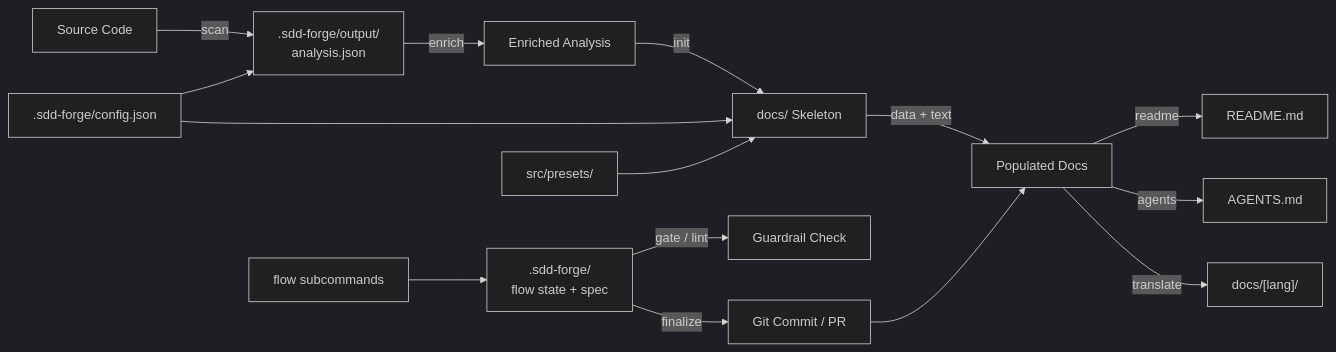
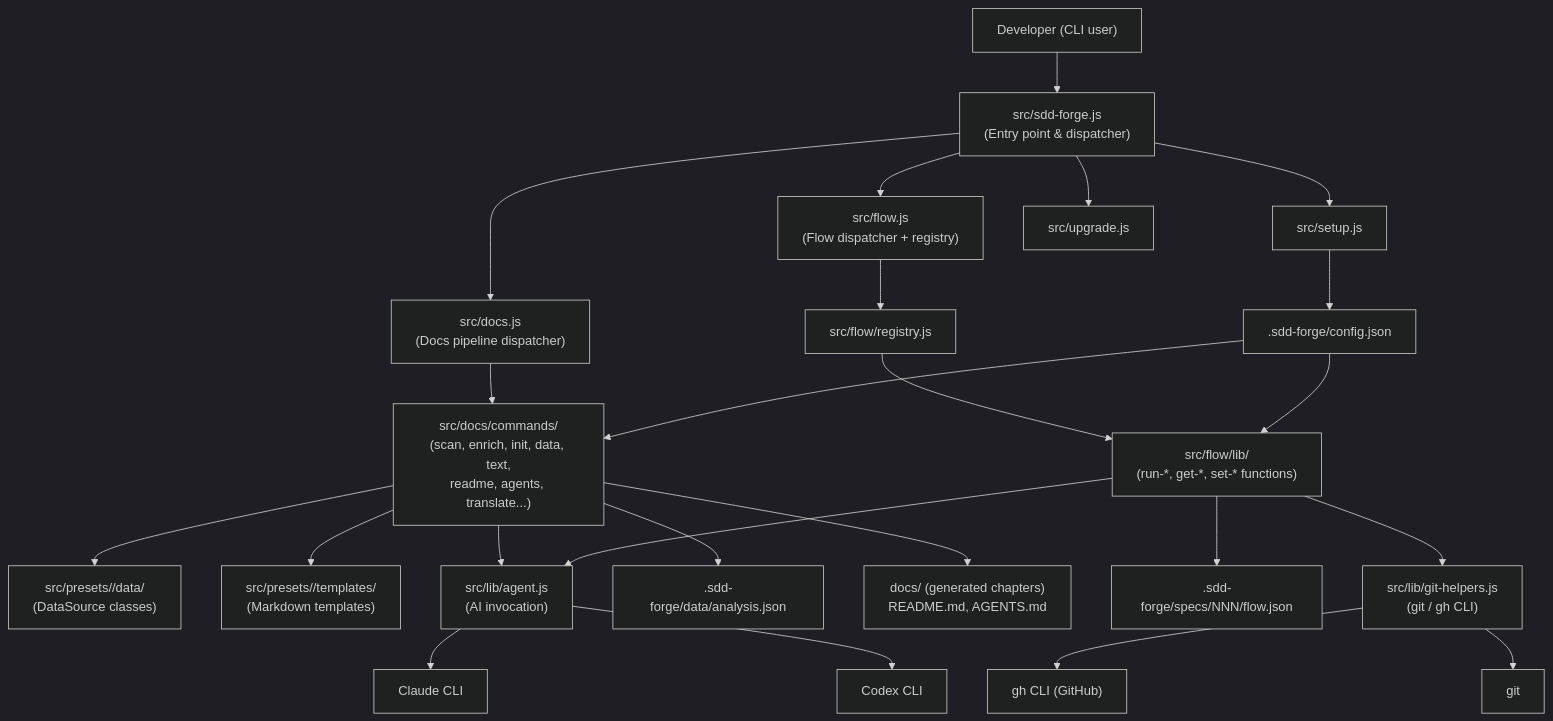
Before and after one commit to SpreadWorks/sdd-forge: the second of 2 diagrams in docs/overview.md, drawn with Mermaid (dark theme). The commit also changed other lines of this file and 25 other files, not shown here.

First line of the commit message:
fix-agent-commands-entries

````diff
--- a/docs/overview.md
+++ b/docs/overview.md
@@ -151,17 +184,32 @@
 ```mermaid
-flowchart LR
-    SRC["Source Code"] -->|scan| AJ[".sdd-forge/output/\nanalysis.json"]
-    AJ -->|enrich| EA["Enriched Analysis"]
-    EA -->|init| SKEL["docs/ Skeleton"]
-    SKEL -->|data + text| FILLED["Populated Docs"]
-    FILLED -->|readme| RM["README.md"]
-    FILLED -->|agents| AM["AGENTS.md"]
-    FILLED -->|translate| TR["docs/[lang]/"]
-    CFG[".sdd-forge/config.json"] --> AJ
-    CFG --> SKEL
-    PRESET["src/presets/"] --> SKEL
-    FLOW["flow subcommands"] --> SPEC[".sdd-forge/\nflow state + spec"]
-    SPEC -->|gate / lint| GR["Guardrail Check"]
-    SPEC -->|finalize| COMMIT["Git Commit / PR"]
-    COMMIT --> FILLED
+flowchart TD
+    USER["Developer (CLI user)"]
+    USER --> ENTRY["src/sdd-forge.js\n(Entry point & dispatcher)"]
+
+    ENTRY --> DOCSCMD["src/docs.js\n(Docs pipeline dispatcher)"]
+    ENTRY --> FLOWCMD["src/flow.js\n(Flow dispatcher + registry)"]
+    ENTRY --> SETUPCMD["src/setup.js"]
+    ENTRY --> UPGRADECMD["src/upgrade.js"]
+
+    DOCSCMD --> PIPELINE["src/docs/commands/\n(scan, enrich, init, data, text,\nreadme, agents, translate...)"] 
+    PIPELINE --> DATASRC["src/presets/<preset>/data/\n(DataSource classes)"]
+    PIPELINE --> TEMPLATES["src/presets/<preset>/templates/\n(Markdown templates)"] 
+    PIPELINE --> AGENTLIB["src/lib/agent.js\n(AI invocation)"] 
+    PIPELINE --> ANALYSISFILE[".sdd-forge/data/analysis.json"]
+    PIPELINE --> DOCSOUT["docs/ (generated chapters)\nREADME.md, AGENTS.md"]
+
+    FLOWCMD --> REGISTRY["src/flow/registry.js"]
+    REGISTRY --> FLOWLIB["src/flow/lib/\n(run-*, get-*, set-* functions)"]
+    FLOWLIB --> FLOWSTATE[".sdd-forge/specs/NNN/flow.json"]
+    FLOWLIB --> AGENTLIB
+    FLOWLIB --> GITHELPERS["src/lib/git-helpers.js\n(git / gh CLI)"] 
+
+    AGENTLIB --> CLAUDE["Claude CLI"]
+    AGENTLIB --> CODEX["Codex CLI"]
+    GITHELPERS --> GH["gh CLI (GitHub)"]
+    GITHELPERS --> GIT["git"]
+
+    SETUPCMD --> CONFIG[".sdd-forge/config.json"]
+    CONFIG --> PIPELINE
+    CONFIG --> FLOWLIB
 ```
````
